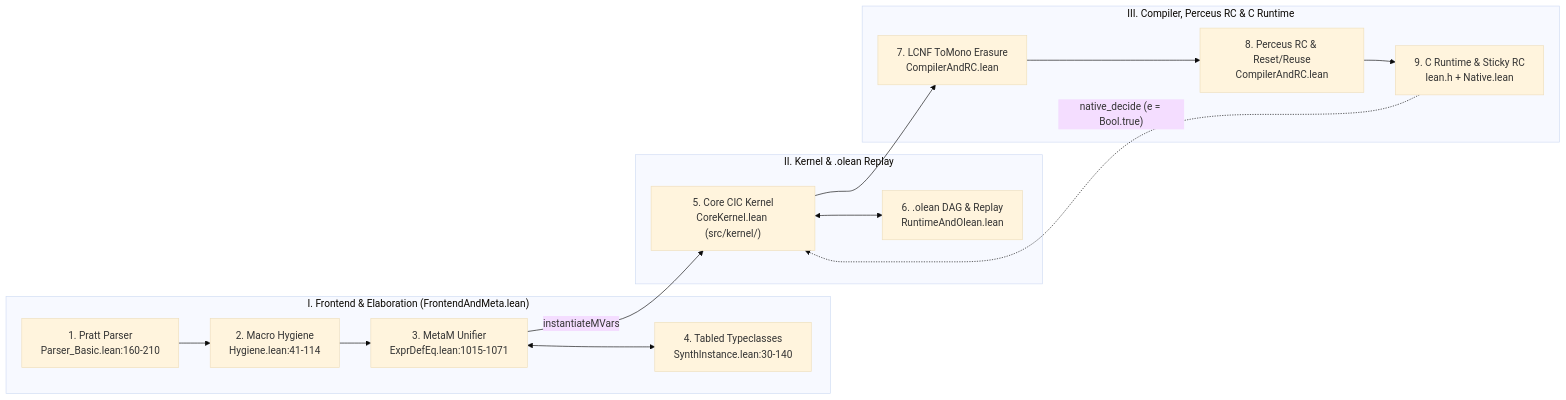
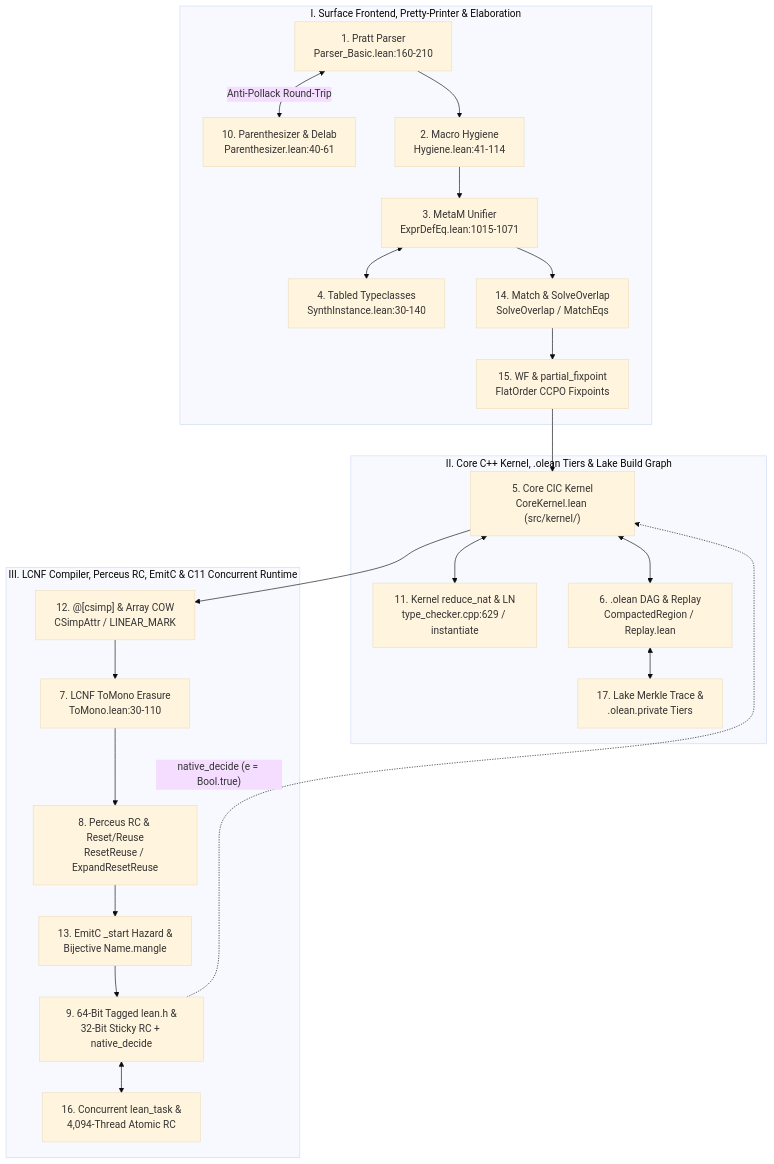
Before and after one commit to BenoitSchillings/lean-in-lean: the diagram in README.md, drawn with Mermaid (base theme). The commit also changed other lines of this file and 21 other files, not shown here.

````diff
--- a/README.md
+++ b/README.md
@@ -28,18 +18,26 @@
 ```mermaid
-flowchart LR
-    subgraph Frontend["I. Frontend & Elaboration (FrontendAndMeta.lean)"]
-        P["1. Pratt Parser<br/>Parser_Basic.lean:160-210"] --> H["2. Macro Hygiene<br/>Hygiene.lean:41-114"]
+flowchart TB
+    subgraph Frontend["I. Surface Frontend, Pretty-Printer & Elaboration"]
+        P["1. Pratt Parser<br/>Parser_Basic.lean:160-210"] <-->|"Anti-Pollack Round-Trip"| PP["10. Parenthesizer & Delab<br/>Parenthesizer.lean:40-61"]
+        P --> H["2. Macro Hygiene<br/>Hygiene.lean:41-114"]
         H --> M["3. MetaM Unifier<br/>ExprDefEq.lean:1015-1071"]
         M <--> TC["4. Tabled Typeclasses<br/>SynthInstance.lean:30-140"]
+        M --> PM["14. Match & SolveOverlap<br/>SolveOverlap / MatchEqs"]
+        PM --> REC["15. WF & partial_fixpoint<br/>FlatOrder CCPO Fixpoints"]
     end
-    subgraph KernelImport["II. Kernel & .olean Replay"]
-        M -->|"instantiateMVars"| K["5. Core CIC Kernel<br/>CoreKernel.lean (src/kernel/)"]
-        K <--> O["6. .olean DAG & Replay<br/>RuntimeAndOlean.lean"]
+    subgraph Kernel["II. Core C++ Kernel, .olean Tiers & Lake Build Graph"]
+        REC --> K["5. Core CIC Kernel<br/>CoreKernel.lean (src/kernel/)"]
+        K <--> KD["11. Kernel reduce_nat & LN<br/>type_checker.cpp:629 / instantiate"]
+        K <--> O["6. .olean DAG & Replay<br/>CompactedRegion / Replay.lean"]
+        O <--> LK["17. Lake Merkle Trace &<br/>.olean.private Tiers"]
     end
-    subgraph Backend["III. Compiler, Perceus RC & C Runtime"]
-        K --> E["7. LCNF ToMono Erasure<br/>CompilerAndRC.lean"]
-        E --> RC["8. Perceus RC & Reset/Reuse<br/>CompilerAndRC.lean"]
-        RC --> RT["9. C Runtime & Sticky RC<br/>lean.h + Native.lean"]
+    subgraph Backend["III. LCNF Compiler, Perceus RC, EmitC & C11 Concurrent Runtime"]
+        K --> CS["12. @[csimp] & Array COW<br/>CSimpAttr / LINEAR_MARK"]
+        CS --> E["7. LCNF ToMono Erasure<br/>ToMono.lean:30-110"]
+        E --> RC["8. Perceus RC & Reset/Reuse<br/>ResetReuse / ExpandResetReuse"]
+        RC --> EC["13. EmitC _start Hazard &<br/>Bijective Name.mangle"]
+        EC --> RT["9. 64-Bit Tagged lean.h &<br/>32-Bit Sticky RC + native_decide"]
+        RT <--> TSK["16. Concurrent lean_task &<br/>4,094-Thread Atomic RC"]
     end
     RT -.->|"native_decide (e = Bool.true)"| K
 ```
````
